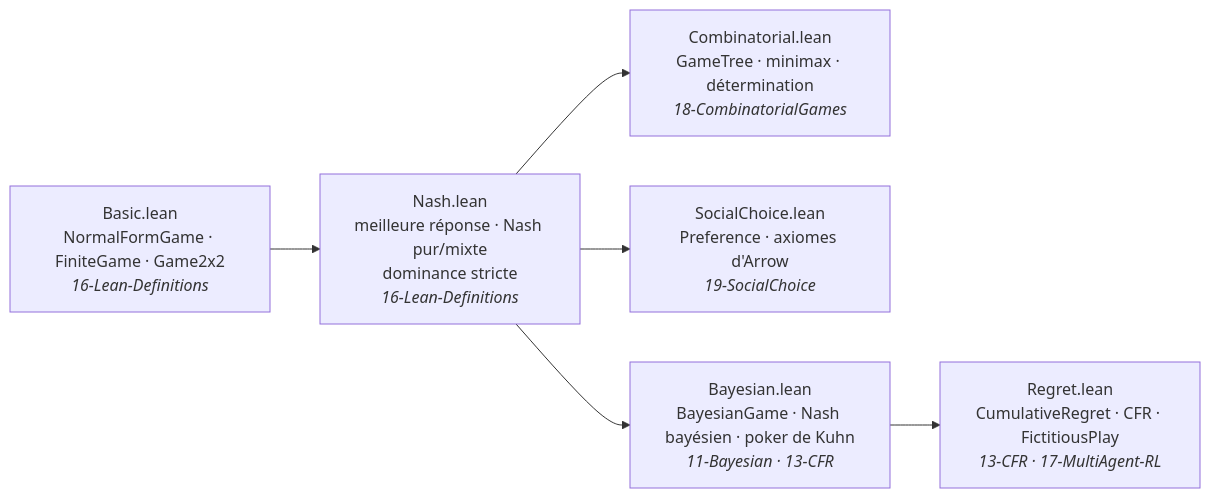
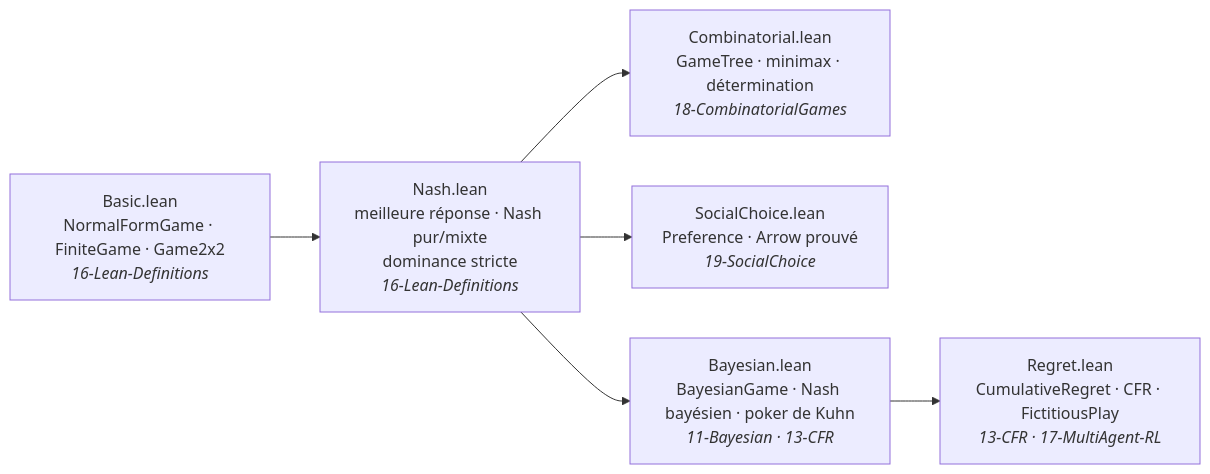
Before and after one commit to jsboige/CoursIA: the second of 2 diagrams in MyIA.AI.Notebooks/GameTheory/lean_game_defs/README.md, drawn with Mermaid. The commit also changed other lines of this file and 5 other files, not shown here.

First line of the commit message:
Feat(lean,#23022): preuve directe d'arrow_impossibility -- etage 4b, l'axiome tombe

````diff
--- a/MyIA.AI.Notebooks/GameTheory/lean_game_defs/README.md
+++ b/MyIA.AI.Notebooks/GameTheory/lean_game_defs/README.md
@@ -106,15 +106,15 @@
 ```mermaid
 flowchart LR
     BASIC["Basic.lean<br/>NormalFormGame · FiniteGame · Game2x2<br/><i>16-Lean-Definitions</i>"]
     NASH["Nash.lean<br/>meilleure réponse · Nash pur/mixte<br/>dominance stricte<br/><i>16-Lean-Definitions</i>"]
     COMB["Combinatorial.lean<br/>GameTree · minimax · détermination<br/><i>18-CombinatorialGames</i>"]
-    SC["SocialChoice.lean<br/>Preference · axiomes d'Arrow<br/><i>19-SocialChoice</i>"]
+    SC["SocialChoice.lean<br/>Preference · Arrow prouvé<br/><i>19-SocialChoice</i>"]
     BAY["Bayesian.lean<br/>BayesianGame · Nash bayésien · poker de Kuhn<br/><i>11-Bayesian · 13-CFR</i>"]
     REG["Regret.lean<br/>CumulativeRegret · CFR · FictitiousPlay<br/><i>13-CFR · 17-MultiAgent-RL</i>"]
 
     BASIC --> NASH
     NASH --> COMB
     NASH --> SC
     NASH --> BAY
     BAY --> REG
 ```
````
